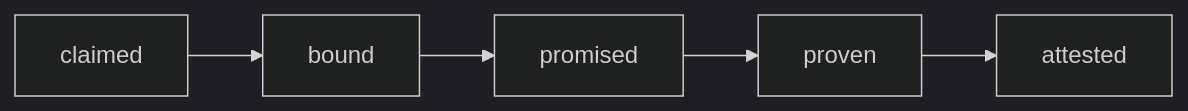
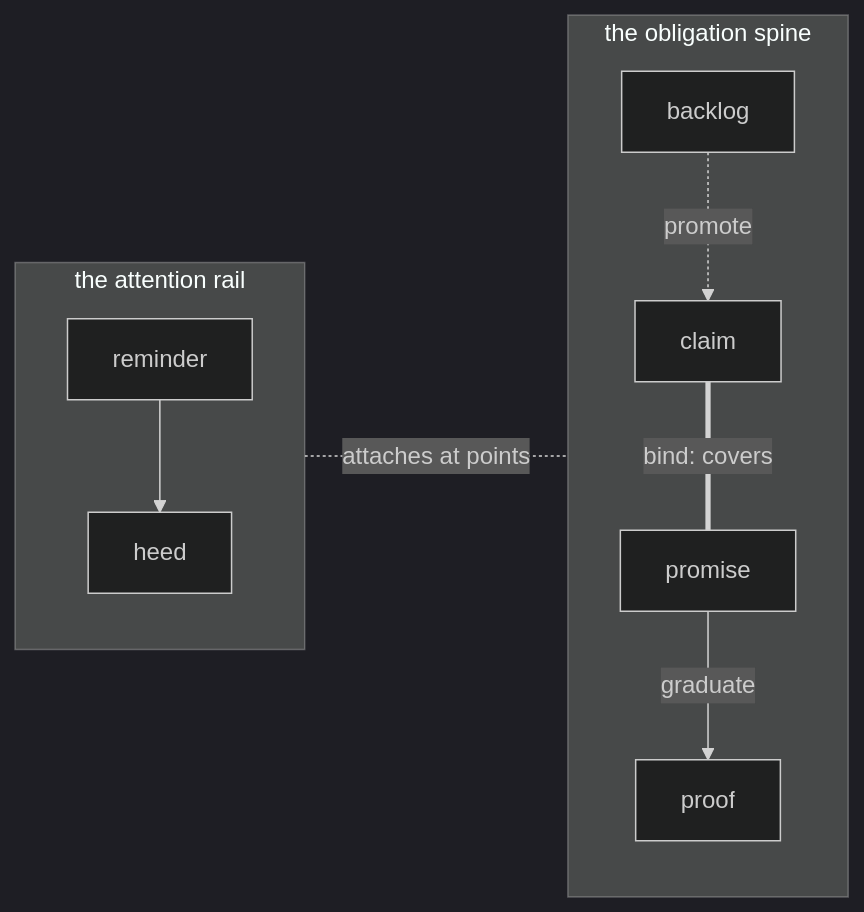
One commit to prova-rs/prova-rs.github.io changed the diagram in docs/evidence/index.md. Above: the diagram before and after it, drawn with Mermaid (dark theme). The commit also changed other lines of this file and 11 other files, not shown here.

````diff
--- a/docs/evidence/index.md
+++ b/docs/evidence/index.md
@@ -17,4 +20,12 @@
 ```mermaid
 graph LR
-  A[claimed] --> B[bound] --> C[promised] --> D[proven] --> E[attested]
+  subgraph spine [the obligation spine]
+    B[backlog] -.->|promote| C[claim]
+    C ===|bind: covers| P[promise]
+    P -->|graduate| F[proof]
+  end
+  subgraph rail [the attention rail]
+    R[reminder] --> H[heed]
+  end
+  rail -.-|attaches at points| spine
 ```
````
